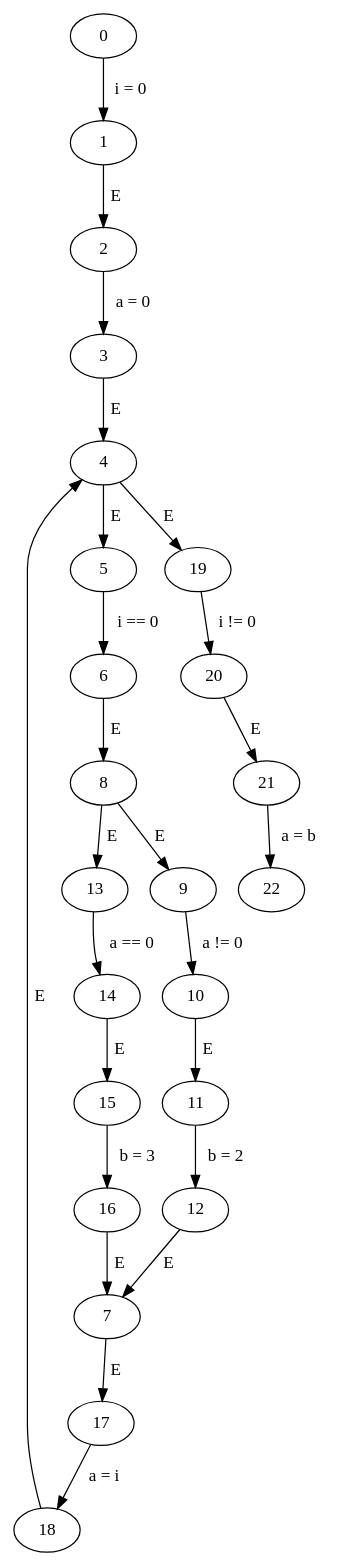
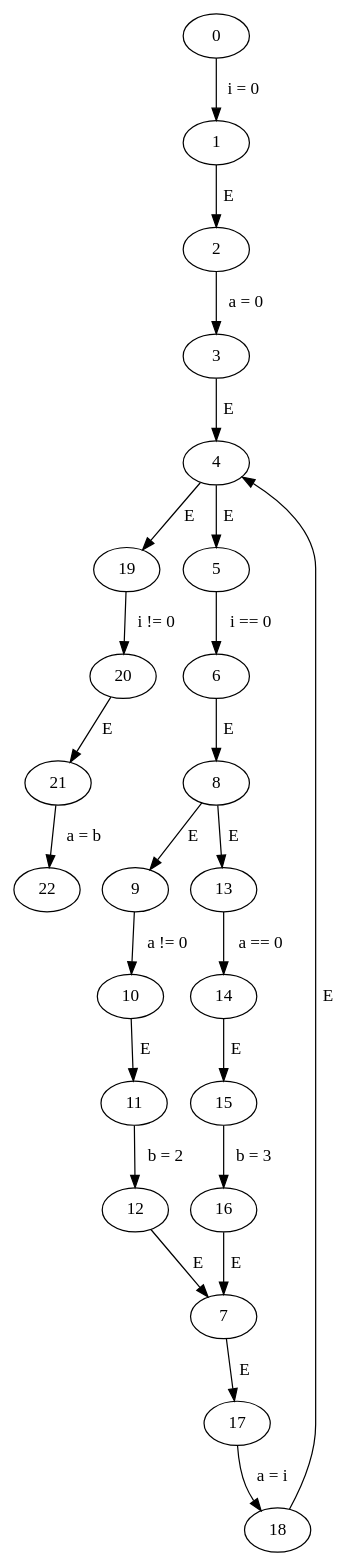
The diagram in code/cfgs/while/while.gv (Harman309/project6), drawn with Graphviz before and after one commit. The commit also changed other lines of this file and 58 other files, not shown here.

```diff
--- a/code/cfgs/while/while.gv
+++ b/code/cfgs/while/while.gv
@@ -1,27 +1,27 @@
 // while
 digraph {
-	21 -> 22 [label=" a = b "]
-	13 -> 14 [label=" a == 0 "]
-	14 -> 15 [label=" E "]
-	2 -> 3 [label=" a = 0 "]
-	20 -> 21 [label=" E "]
-	1 -> 2 [label=" E "]
-	17 -> 18 [label=" a = i "]
-	5 -> 6 [label=" i == 0 "]
-	10 -> 11 [label=" E "]
-	8 -> 9 [label=" E "]
-	7 -> 17 [label=" E "]
-	8 -> 13 [label=" E "]
-	11 -> 12 [label=" b = 2 "]
-	18 -> 4 [label=" E "]
-	4 -> 5 [label=" E "]
-	0 -> 1 [label=" i = 0 "]
-	4 -> 19 [label=" E "]
-	3 -> 4 [label=" E "]
-	16 -> 7 [label=" E "]
-	9 -> 10 [label=" a != 0 "]
-	6 -> 8 [label=" E "]
-	15 -> 16 [label=" b = 3 "]
 	19 -> 20 [label=" i != 0 "]
 	12 -> 7 [label=" E "]
+	20 -> 21 [label=" E "]
+	21 -> 22 [label=" a = b "]
+	9 -> 10 [label=" a != 0 "]
+	0 -> 1 [label=" i = 0 "]
+	8 -> 9 [label=" E "]
+	4 -> 5 [label=" E "]
+	7 -> 17 [label=" E "]
+	15 -> 16 [label=" b = 3 "]
+	11 -> 12 [label=" b = 2 "]
+	5 -> 6 [label=" i == 0 "]
+	17 -> 18 [label=" a = i "]
+	3 -> 4 [label=" E "]
+	10 -> 11 [label=" E "]
+	8 -> 13 [label=" E "]
+	6 -> 8 [label=" E "]
+	13 -> 14 [label=" a == 0 "]
+	18 -> 4 [label=" E "]
+	2 -> 3 [label=" a = 0 "]
+	4 -> 19 [label=" E "]
+	1 -> 2 [label=" E "]
+	14 -> 15 [label=" E "]
+	16 -> 7 [label=" E "]
 }
```
